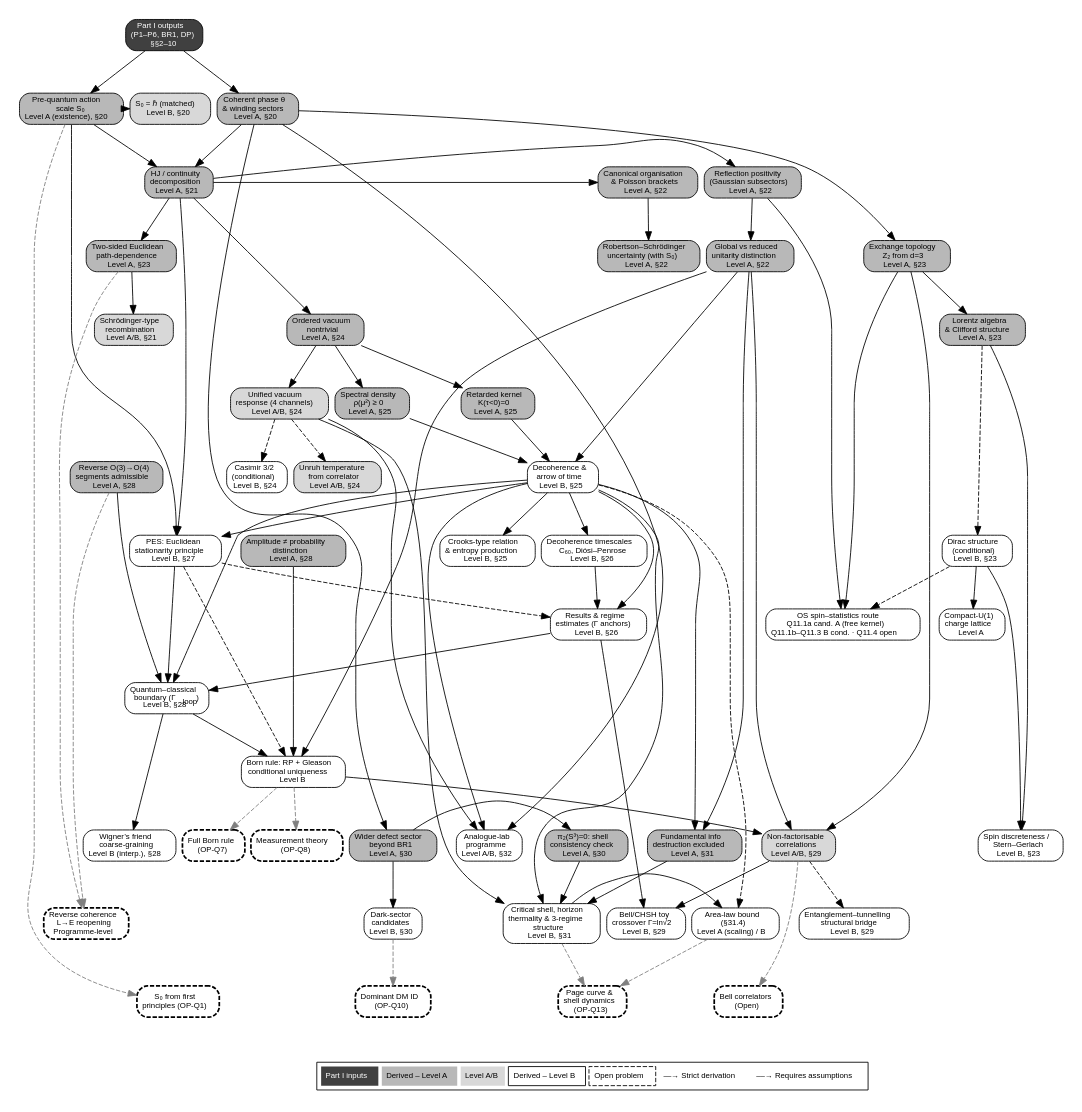
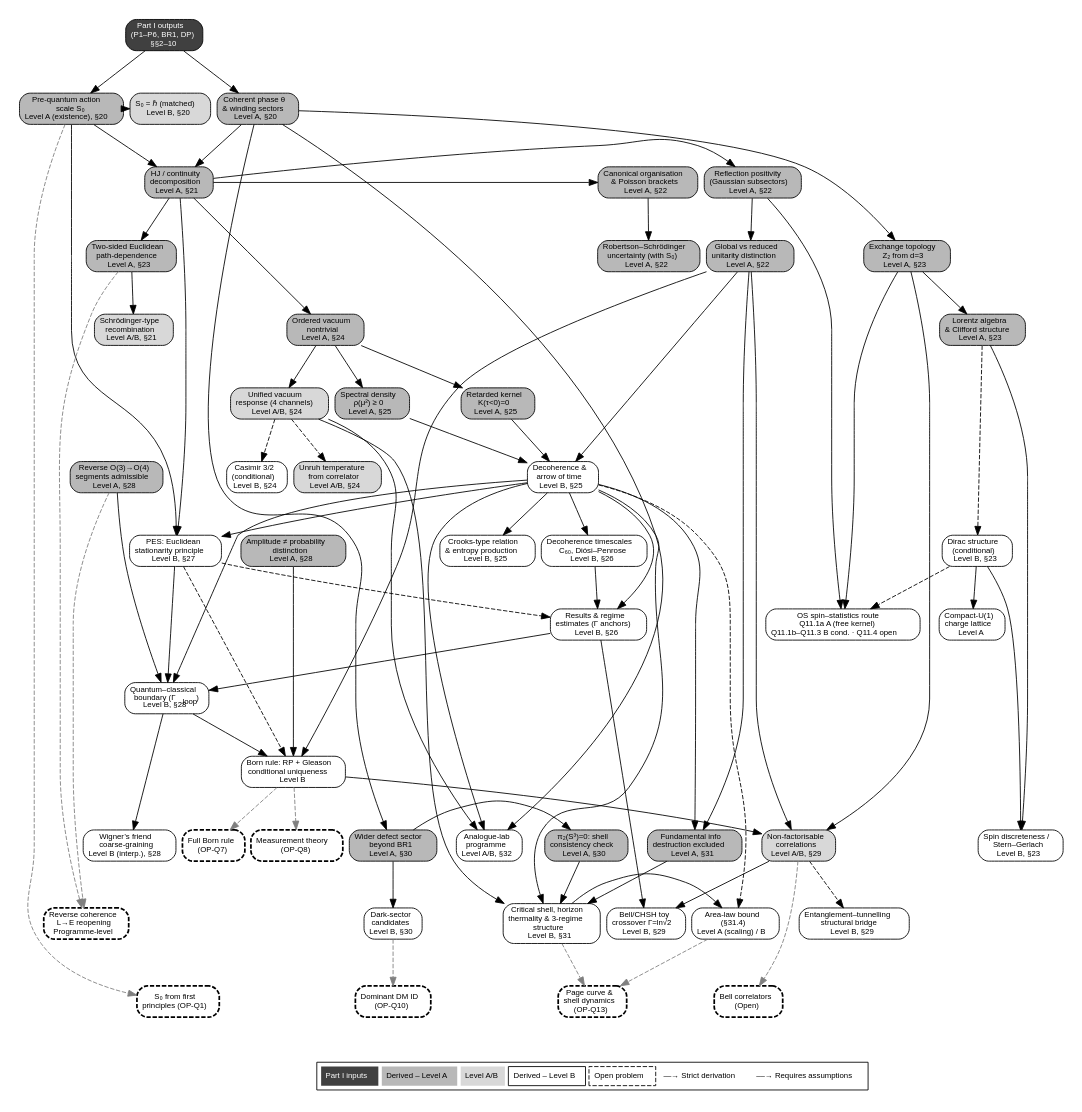
Before and after one commit to chufelo/ECT-preprint-code: the diagram in scripts/fig_partIII_vertical_v2.gv, drawn with Graphviz. The commit also changed 8 other files, not shown here.

```diff
--- a/scripts/fig_partIII_vertical_v2.gv
+++ b/scripts/fig_partIII_vertical_v2.gv
@@ -58,7 +58,7 @@
   wigner       [label=<Wigner&#x2019;s friend<BR/>coarse-graining<BR/>Level B (interp.), &#x00A7;28>];
   ent_tunnel   [label=<Entanglement&#x2013;tunnelling<BR/>structural bridge<BR/>Level B, &#x00A7;29>];
   stern_gerlach [label=<Spin discreteness /<BR/>Stern&#x2013;Gerlach<BR/>Level B, &#x00A7;23>];
-  q11_spinstat [label=<OS spin&#x2013;statistics route<BR/>Q11.1a cand.&#x00A0;A (free kernel)<BR/>Q11.1b&#x2013;Q11.3 B cond. &#xB7; Q11.4 open>];
+  q11_spinstat [label=<OS spin&#x2013;statistics route<BR/>Q11.1a A (free kernel)<BR/>Q11.1b&#x2013;Q11.3 B cond. &#xB7; Q11.4 open>];
   bell_toy     [label=<Bell/CHSH toy<BR/>crossover &#x0393;=ln&#x221A;2<BR/>Level B, &#x00A7;29>];
 
   node [fillcolor="white", style="rounded,dashed", fontcolor=black, penwidth=2];
```
